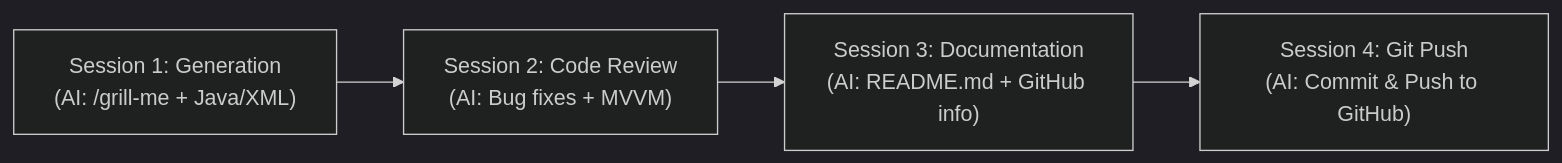
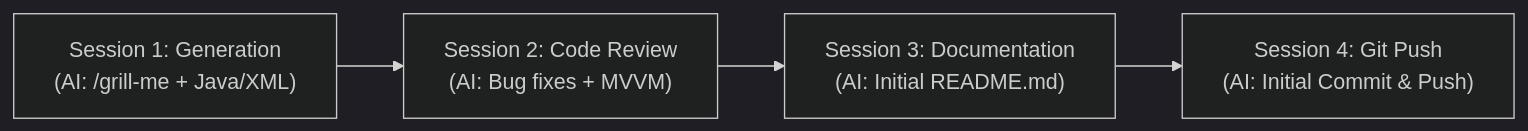
The second of 2 diagrams in README.md (ih9112012-coder/WordCounterApp), drawn with Mermaid (dark theme) before and after one commit. The commit also changed other lines of this file and 4 other files, not shown here.

````diff
--- a/README.md
+++ b/README.md
@@ -351,6 +552,6 @@
 ```mermaid
 flowchart LR
-    A["Session 1: Generation<br/>(AI: /grill-me + Java/XML)"] --> B["Session 2: Code Review<br/>(AI: Bug fixes + MVVM)"]
-    B --> C["Session 3: Documentation<br/>(AI: README.md + GitHub info)"]
-    C --> D["Session 4: Git Push<br/>(AI: Commit & Push to GitHub)"]
+    A2["Session 1: Generation<br/>(AI: /grill-me + Java/XML)"] --> B2["Session 2: Code Review<br/>(AI: Bug fixes + MVVM)"]
+    B2 --> C2["Session 3: Documentation<br/>(AI: Initial README.md)"]
+    C2 --> D2["Session 4: Git Push<br/>(AI: Initial Commit & Push)"]
 ```
````
